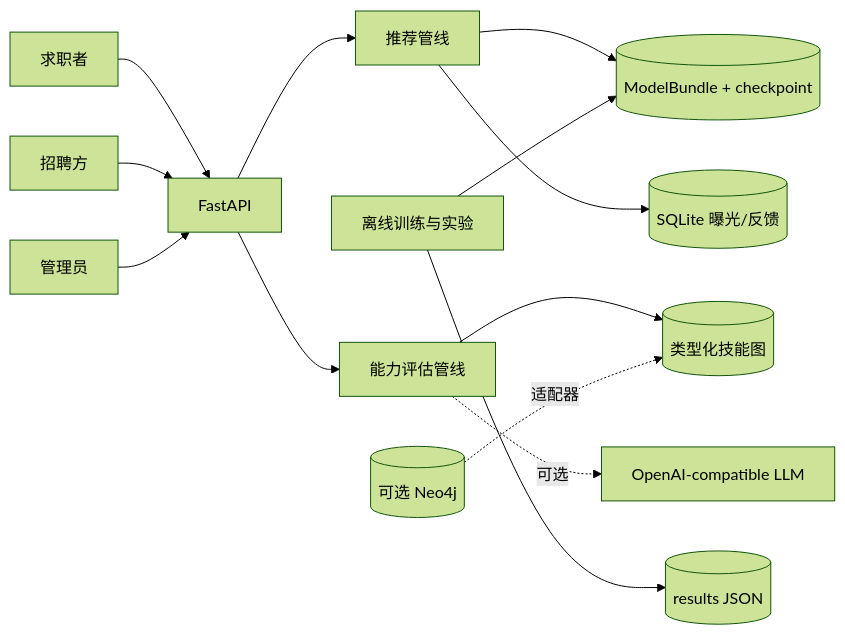
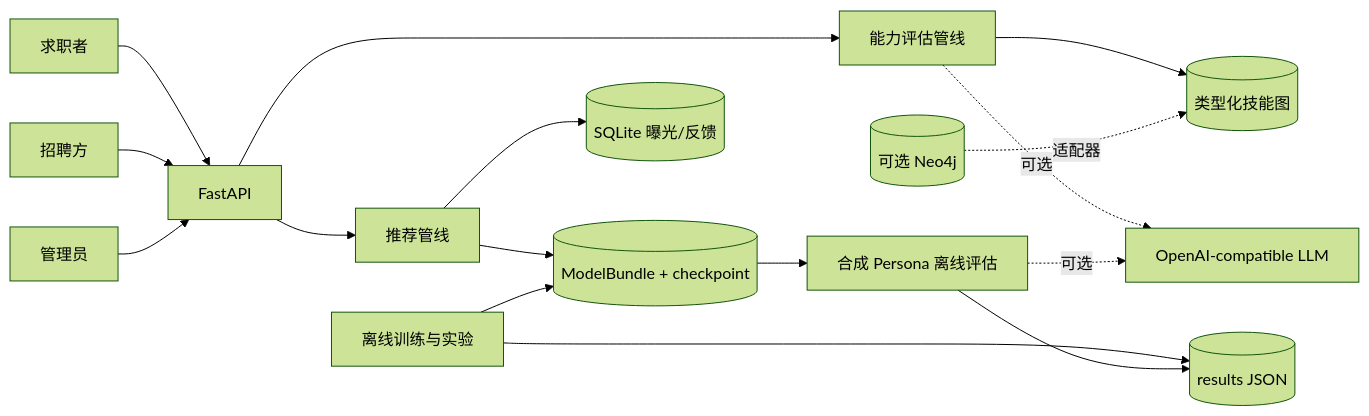
One commit to Nocturne228/Job_rec_sys_base_KG changed the first of 6 diagrams in docs/architecture.md. Above: the diagram before and after it, drawn with Mermaid (forest theme). The commit also changed other lines of this file and 19 other files, not shown here.

````diff
--- a/docs/architecture.md
+++ b/docs/architecture.md
@@ -27,15 +27,18 @@
 ```mermaid
 flowchart LR
   U["求职者"] --> API["FastAPI"]
   R["招聘方"] --> API
   A["管理员"] --> API
   API --> P["推荐管线"]
   API --> C["能力评估管线"]
   P --> B[("ModelBundle + checkpoint")]
   P --> E[("SQLite 曝光/反馈")]
   C --> G[("类型化技能图")]
   C -. 可选 .-> L["OpenAI-compatible LLM"]
   T["离线训练与实验"] --> B
   T --> X[("results JSON")]
+  B --> S["合成 Persona 离线评估"]
+  S -. 可选 .-> L
+  S --> X
   N[("可选 Neo4j")] -. 适配器 .-> G
 ```
````
